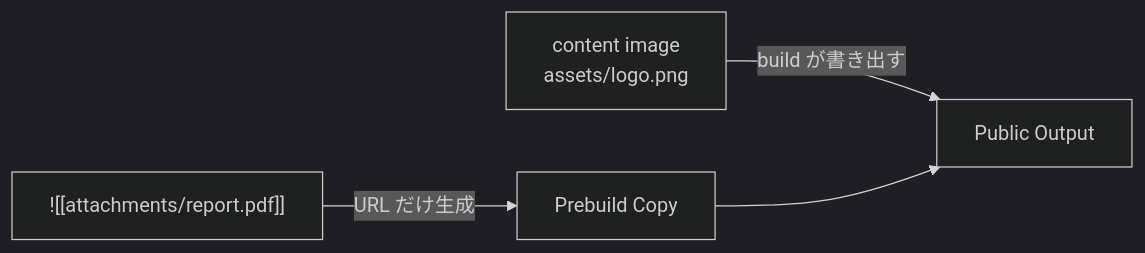
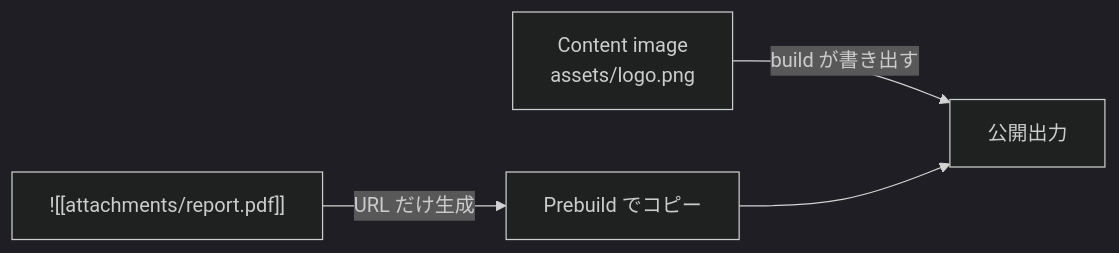
Before and after one commit to Rerurate514/riebeckite: the eighth of 10 diagrams in docs/docs/guides/content-repositories.ja.md, drawn with Mermaid (dark theme). The commit also changed other lines of this file and 3 other files, not shown here.

````diff
--- a/docs/docs/guides/content-repositories.ja.md
+++ b/docs/docs/guides/content-repositories.ja.md
@@ -912,9 +475,9 @@
 ```mermaid
 flowchart LR
-    Image["content image<br/>assets/logo.png"]
+    Image["Content image<br/>assets/logo.png"]
     Attach["![[attachments/report.pdf]]"]
 
-    Image -->|"build が書き出す"| Output["Public Output"]
-    Attach -->|"URL だけ生成"| Prebuild["Prebuild Copy"]
+    Image -->|"build が書き出す"| Output["公開出力"]
+    Attach -->|"URL だけ生成"| Prebuild["Prebuild でコピー"]
     Prebuild --> Output
 ```
````
